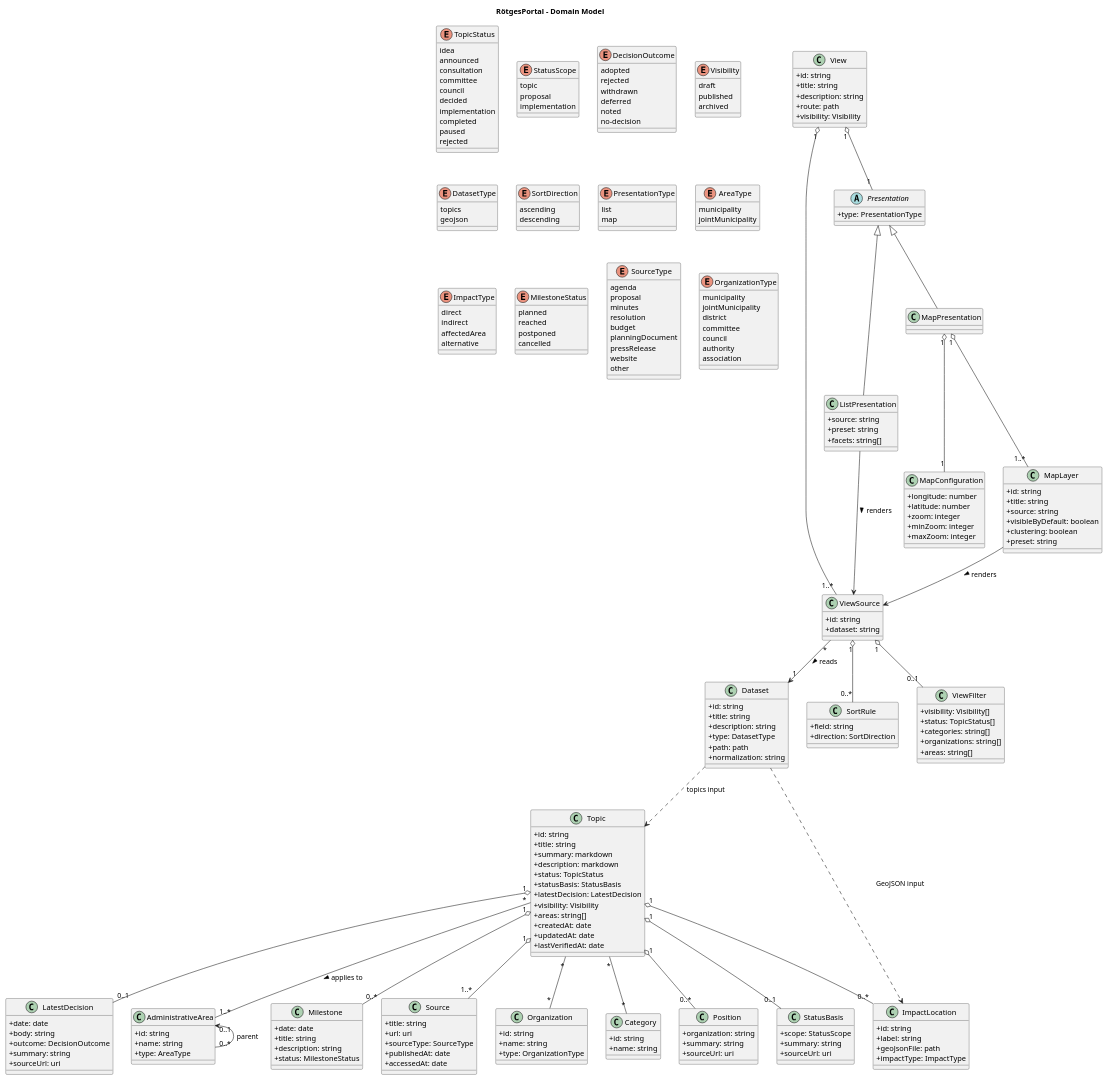
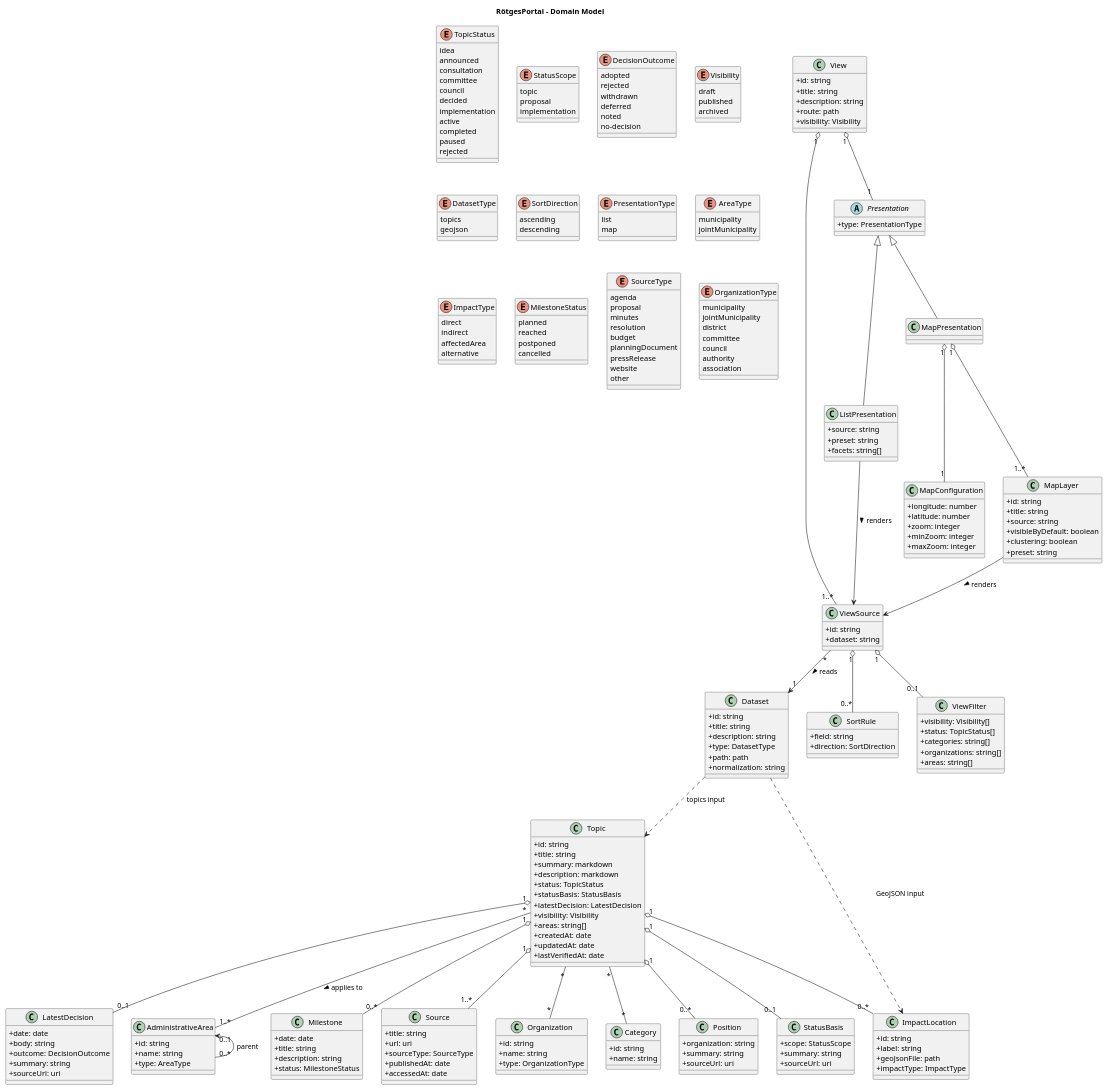
Before and after one commit to codeWithDEI/RoetgesPortal: the diagram in docs/architecture/domain-model.puml, drawn with PlantUML. The commit also changed 9 other files, not shown here.

```diff
--- a/docs/architecture/domain-model.puml
+++ b/docs/architecture/domain-model.puml
@@ -27,6 +27,7 @@
   council
   decided
   implementation
+  active
   completed
   paused
   rejected
```
